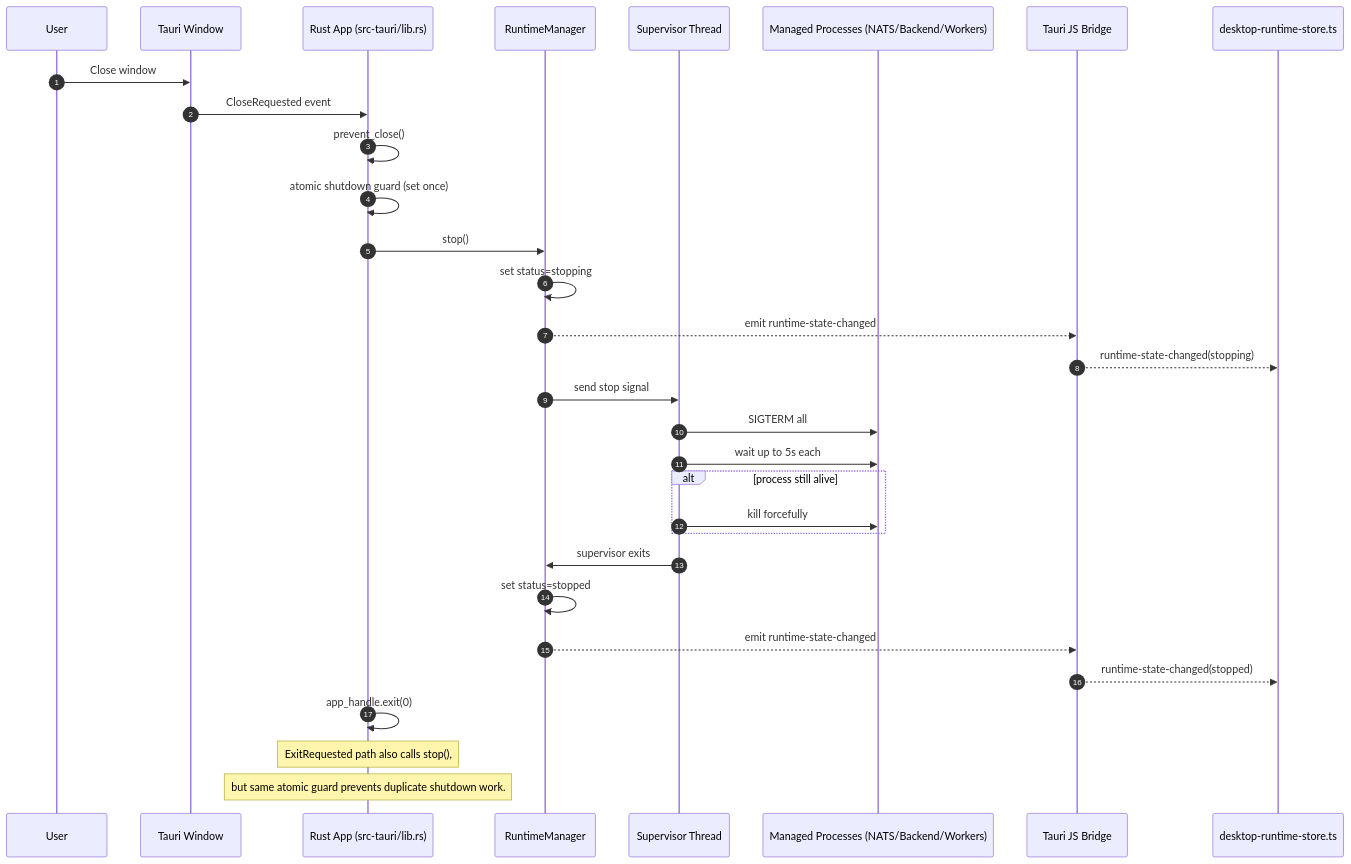
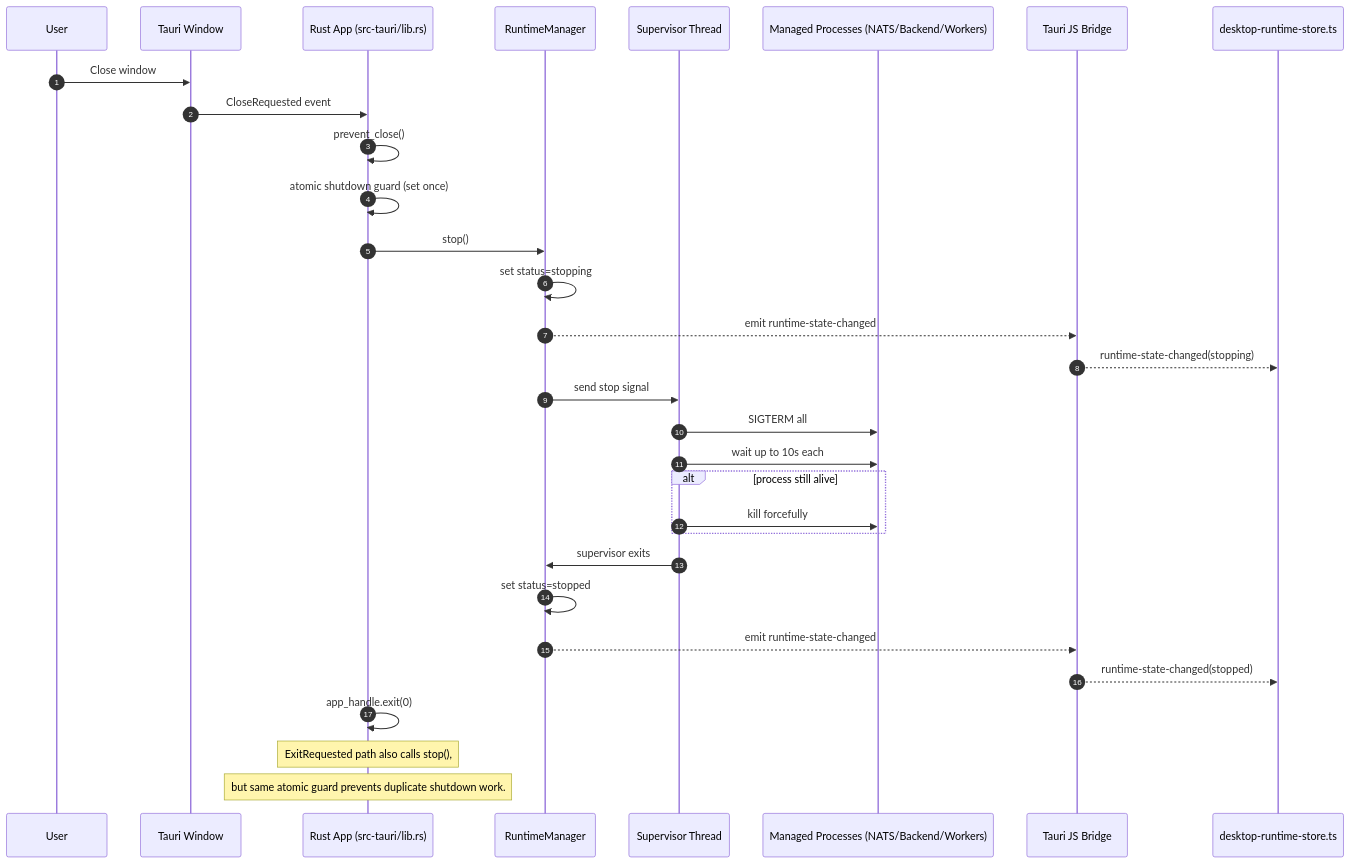
Before and after one commit to d347h-eth/artgod: the second of 2 diagrams in docs/diagrams/desktop-runtime-lifecycle-sequence.md, drawn with Mermaid. The commit also changed other lines of this file and 19 other files, not shown here.

````diff
--- a/docs/diagrams/desktop-runtime-lifecycle-sequence.md
+++ b/docs/diagrams/desktop-runtime-lifecycle-sequence.md
@@ -119,39 +112,39 @@
 ```mermaid
 sequenceDiagram
     autonumber
     participant U as User
     participant WV as Tauri Window
     participant RT as Rust App (src-tauri/lib.rs)
     participant RM as RuntimeManager
     participant SP as Supervisor Thread
     participant P as Managed Processes (NATS/Backend/Workers)
     participant TJ as Tauri JS Bridge
     participant DS as desktop-runtime-store.ts
 
     U->>WV: Close window
     WV->>RT: CloseRequested event
     RT->>RT: prevent_close()
     RT->>RT: atomic shutdown guard (set once)
 
     RT->>RM: stop()
     RM->>RM: set status=stopping
     RM-->>TJ: emit runtime-state-changed
     TJ-->>DS: runtime-state-changed(stopping)
 
     RM->>SP: send stop signal
     SP->>P: SIGTERM all
-    SP->>P: wait up to 5s each
+    SP->>P: wait up to 10s each
     alt process still alive
         SP->>P: kill forcefully
     end
 
     SP->>RM: supervisor exits
     RM->>RM: set status=stopped
     RM-->>TJ: emit runtime-state-changed
     TJ-->>DS: runtime-state-changed(stopped)
 
     RT->>RT: app_handle.exit(0)
 
     Note over RT: ExitRequested path also calls stop(),
     Note over RT: but same atomic guard prevents duplicate shutdown work.
 ```
````
